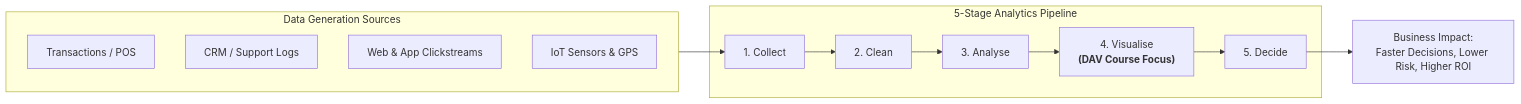
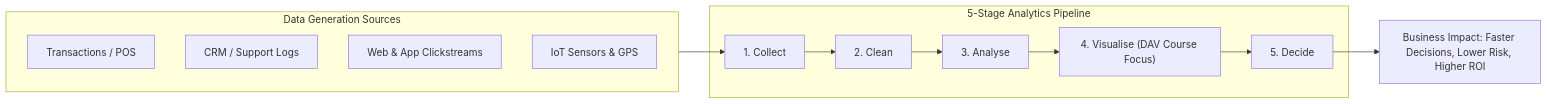
Before and after one commit to DeepLumiere/DeepSkills: the first of 7 diagrams in notes/data_analysis/Chapter7_Introduction_to_Business_Data.md, drawn with Mermaid. The commit also changed other lines of this file and 56 other files, not shown here.

````diff
--- a/notes/data_analysis/Chapter7_Introduction_to_Business_Data.md
+++ b/notes/data_analysis/Chapter7_Introduction_to_Business_Data.md
@@ -18,17 +18,17 @@
 ```mermaid
 flowchart LR
     subgraph S1["Data Generation Sources"]
         TX["Transactions / POS"]
         CRM["CRM / Support Logs"]
         WEB["Web & App Clickstreams"]
         IOT["IoT Sensors & GPS"]
     end
     subgraph S2["5-Stage Analytics Pipeline"]
         C1["1. Collect"] --> C2["2. Clean"]
         C2 --> C3["3. Analyse"]
-        C3 --> C4["4. Visualise<br/><b>(DAV Course Focus)</b>"]
+        C3 --> C4["4. Visualise (DAV Course Focus)"]
         C4 --> C5["5. Decide"]
     end
     S1 --> C1
-    C5 --> ACT["Business Impact:<br/>Faster Decisions, Lower Risk, Higher ROI"]
+    C5 --> ACT["Business Impact: Faster Decisions, Lower Risk, Higher ROI"]
 ```
````
